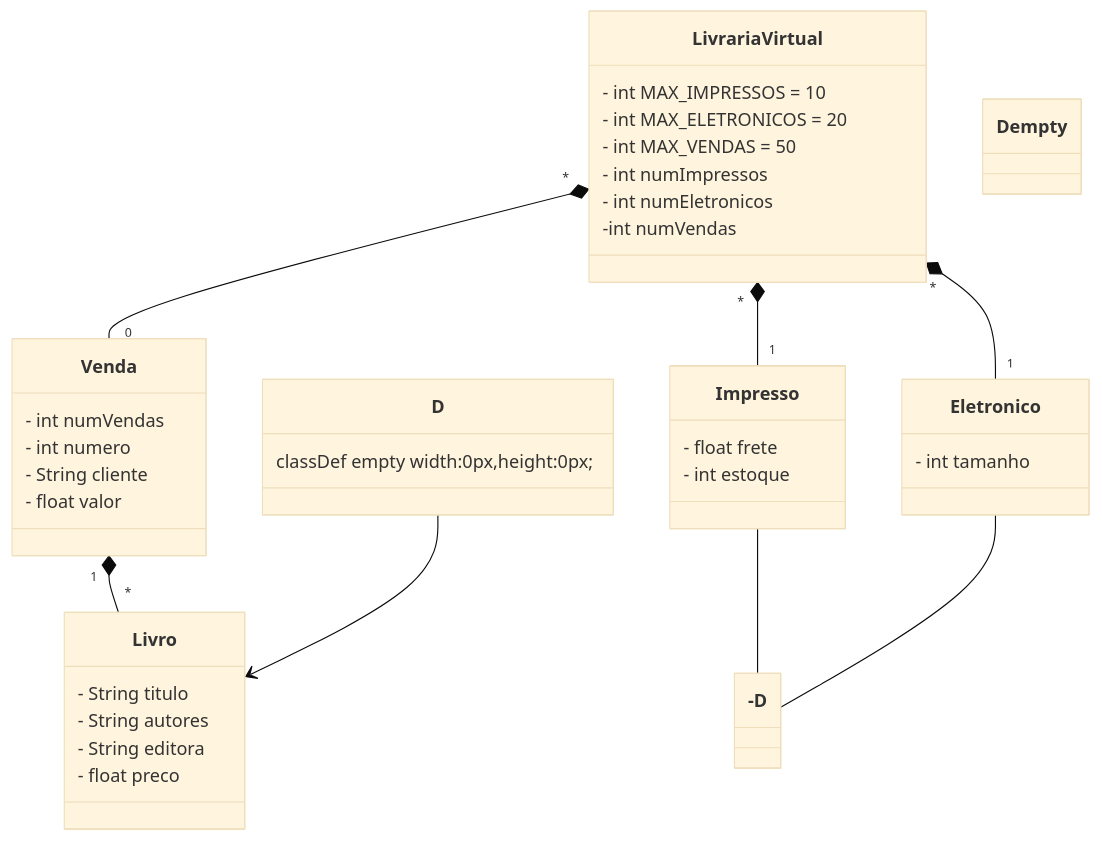
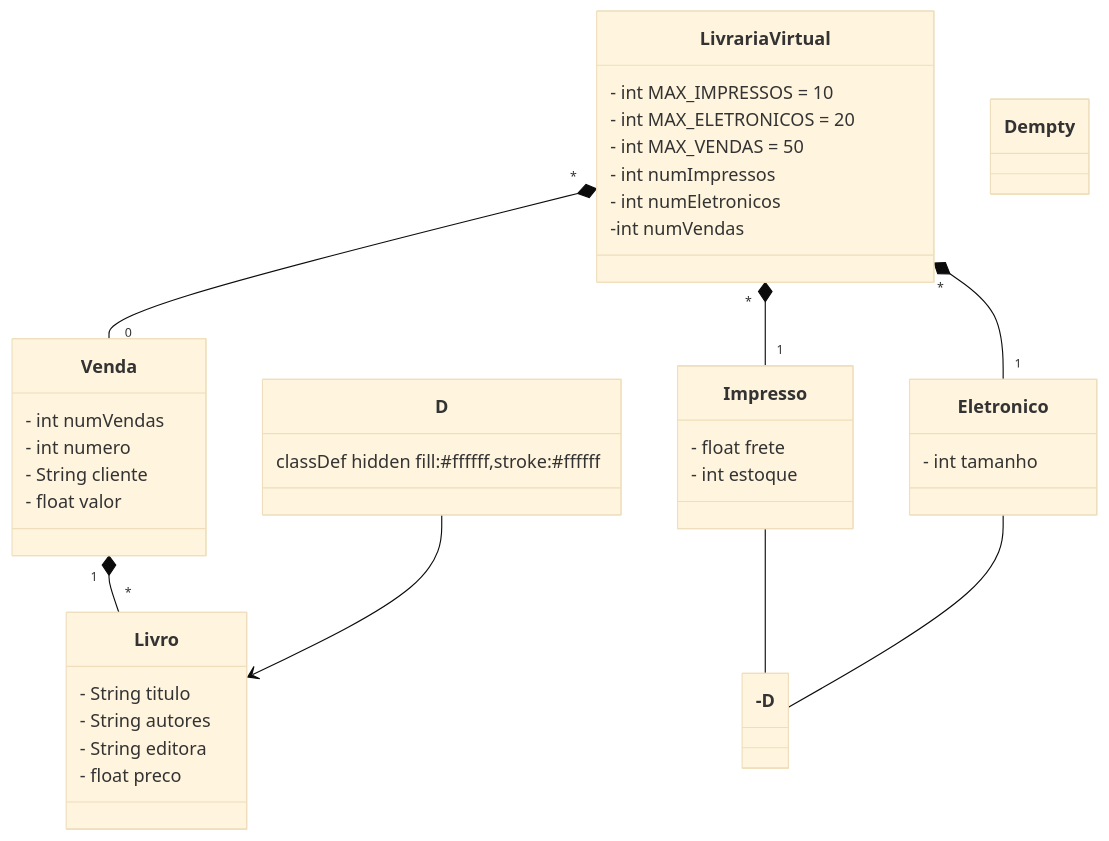
The diagram in README.md (DevTrail-Squad-4/Desafiodalivraria), drawn with Mermaid (base theme) before and after one commit.

````diff
--- a/README.md
+++ b/README.md
@@ -3,50 +3,50 @@
 ```mermaid
 classDiagram
   class LivrariaVirtual {
     - int MAX_IMPRESSOS = 10
     - int MAX_ELETRONICOS = 20
     - int MAX_VENDAS = 50
     - int numImpressos
     - int numEletronicos
 	-int numVendas
   }
 
   class Venda {
     - int numVendas
     - int numero
     - String cliente
     - float valor
   }
 
   class Impresso {
     - float frete
     - int estoque
   }
 
   class Eletronico {
     - int tamanho
   }
 
   class Livro {
     - String titulo
     - String autores
     - String editora
     - float preco
   }
 
 class D {
     %% Define a classe D como um placeholder invisível
-    classDef empty width:0px,height:0px;
+    classDef hidden fill:#ffffff,stroke:#ffffff;
   }
 
   LivrariaVirtual "*" *-- "0" Venda
   LivrariaVirtual "*" *-- "1" Impresso
   LivrariaVirtual "*" *-- "1" Eletronico
   Venda "1" *-- "*" Livro
 Impresso --- D
   Eletronico --- D
   D --> Livro
 
   %% Aplicando o estilo empty ao D
   class D empty
 ```
````
